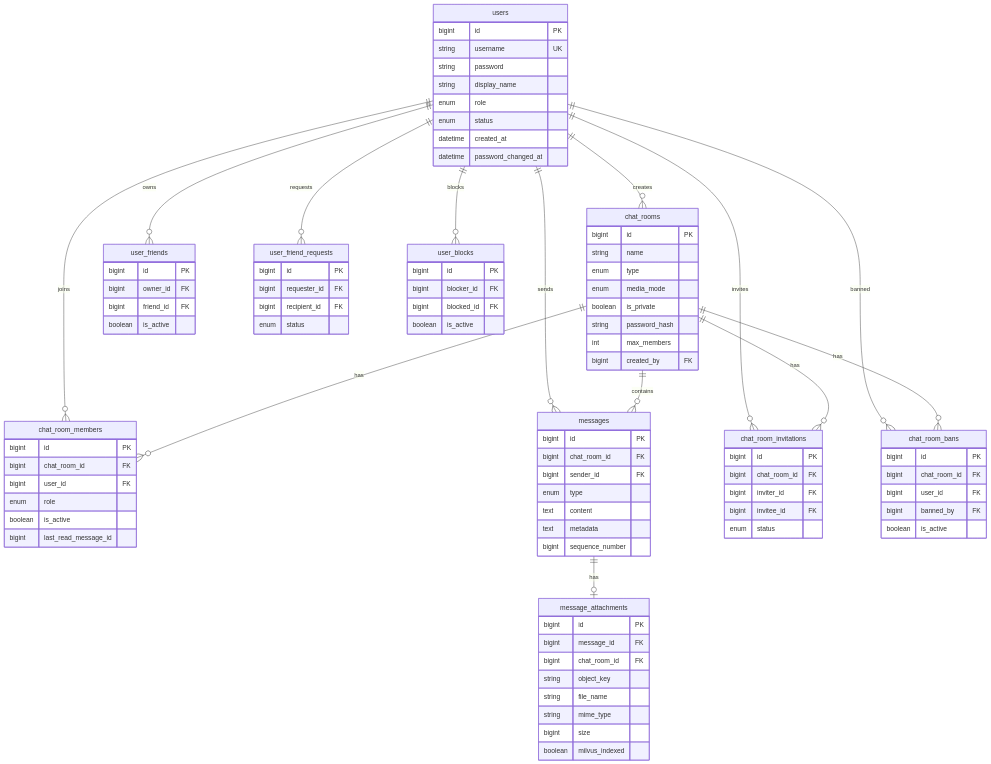
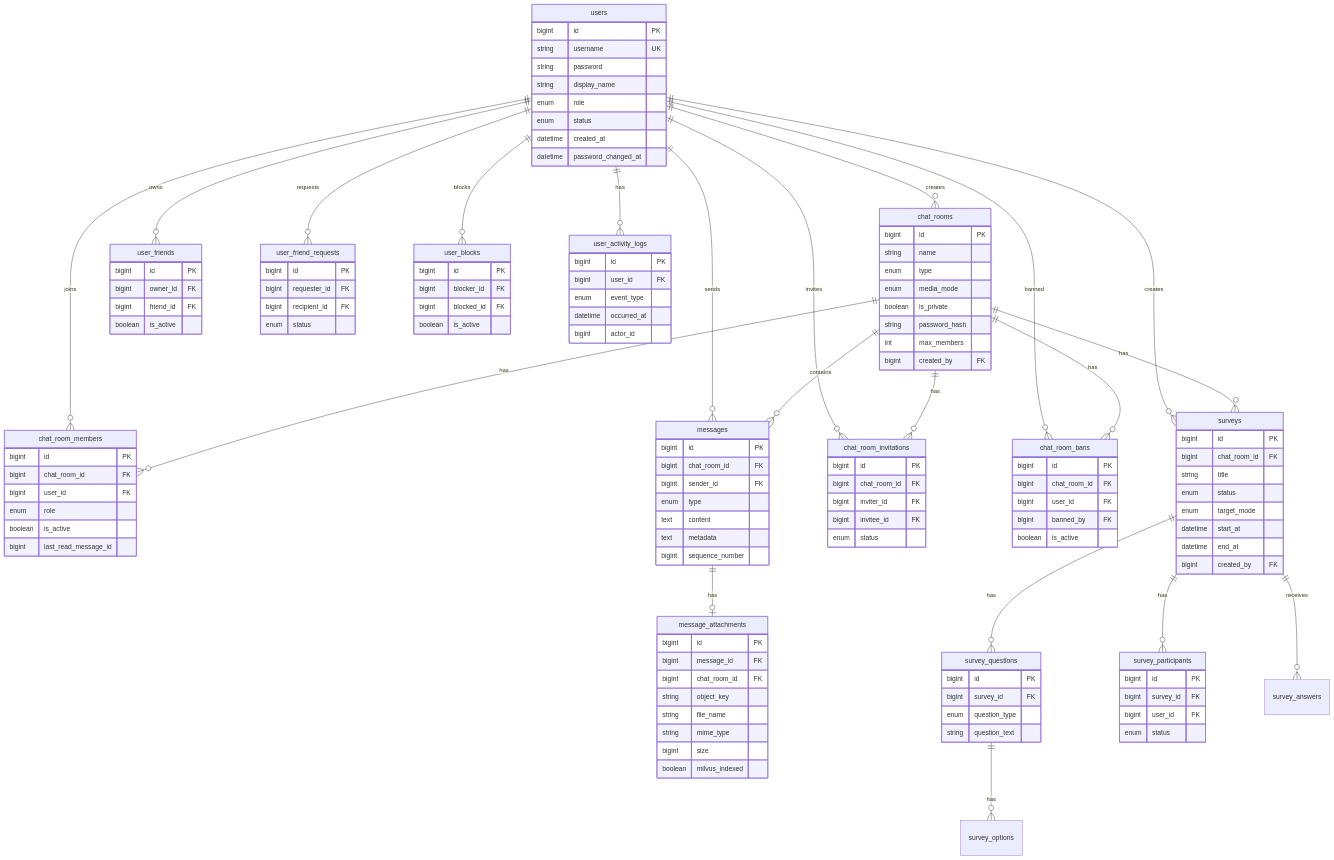
One commit to skyleedevzero86/studyKotlin changed the third of 7 diagrams in ko_chat/README.md. Above: the diagram before and after it, drawn with Mermaid. The commit also changed other lines of this file and 16 other files, not shown here.

````diff
--- a/ko_chat/README.md
+++ b/ko_chat/README.md
@@ -302,6 +320,13 @@
     users ||--o{ user_friends : owns
     users ||--o{ user_friend_requests : requests
     users ||--o{ user_blocks : blocks
+    users ||--o{ user_activity_logs : has
+    users ||--o{ surveys : creates
+    chat_rooms ||--o{ surveys : has
+    surveys ||--o{ survey_questions : has
+    surveys ||--o{ survey_participants : has
+    survey_questions ||--o{ survey_options : has
+    surveys ||--o{ survey_answers : receives
 
     users {
         bigint id PK
@@ -391,4 +416,37 @@
         bigint blocked_id FK
         boolean is_active
     }
+
+    user_activity_logs {
+        bigint id PK
+        bigint user_id FK
+        enum event_type
+        datetime occurred_at
+        bigint actor_id
+    }
+
+    surveys {
+        bigint id PK
+        bigint chat_room_id FK
+        string title
+        enum status
+        enum target_mode
+        datetime start_at
+        datetime end_at
+        bigint created_by FK
+    }
+
+    survey_questions {
+        bigint id PK
+        bigint survey_id FK
+        enum question_type
+        string question_text
+    }
+
+    survey_participants {
+        bigint id PK
+        bigint survey_id FK
+        bigint user_id FK
+        enum status
+    }
 ```
````
